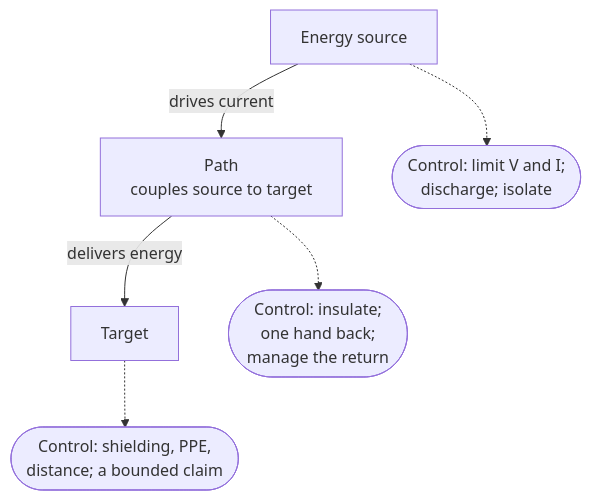
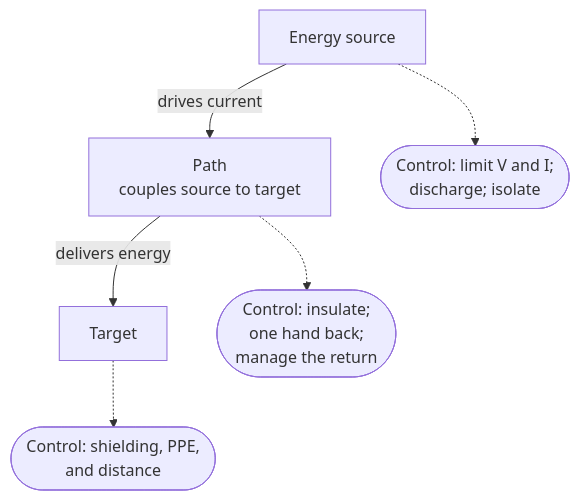
Before and after one commit to azinke/emm.edu: the first of 2 diagrams in curriculum/book/01-foundations/f01-safe-practice.qmd, drawn with Mermaid. The commit also changed other lines of this file and 21 other files, not shown here.

````diff
--- a/curriculum/book/01-foundations/f01-safe-practice.qmd
+++ b/curriculum/book/01-foundations/f01-safe-practice.qmd
@@ -102,17 +89,17 @@
 ```{mermaid}
 %%| label: fig-hazard-model
 %%| fig-cap: "The energy–path–target view of an electrical hazard, stacked source to target. Limiting or removing any one link controls the risk; the rounded nodes name the control available at each stage. Typical instances: a *source* is a bench supply, a charged capacitor, or a cell; a *path* is a probe tip, wet skin, a solder bridge, a dropped tool, an arc, or a shared return; a *target* is you, the device under test, or a meter."
 %%| fig-alt: "Three stages stacked vertically — an energy source, then a coupling path, then a target — each with a control action branching to the side, showing that limiting or removing any one link controls the hazard."
 flowchart TB
   S["Energy source"]
   P["Path<br/>couples source to target"]
   T["Target"]
   S -->|drives current| P
   P -->|delivers energy| T
   SC(["Control: limit V and I;<br/>discharge; isolate"])
   PC(["Control: insulate;<br/>one hand back;<br/>manage the return"])
-  TC(["Control: shielding, PPE,<br/>distance; a bounded claim"])
+  TC(["Control: shielding, PPE,<br/>and distance"])
   S -.-> SC
   P -.-> PC
   T -.-> TC
 ```
````
